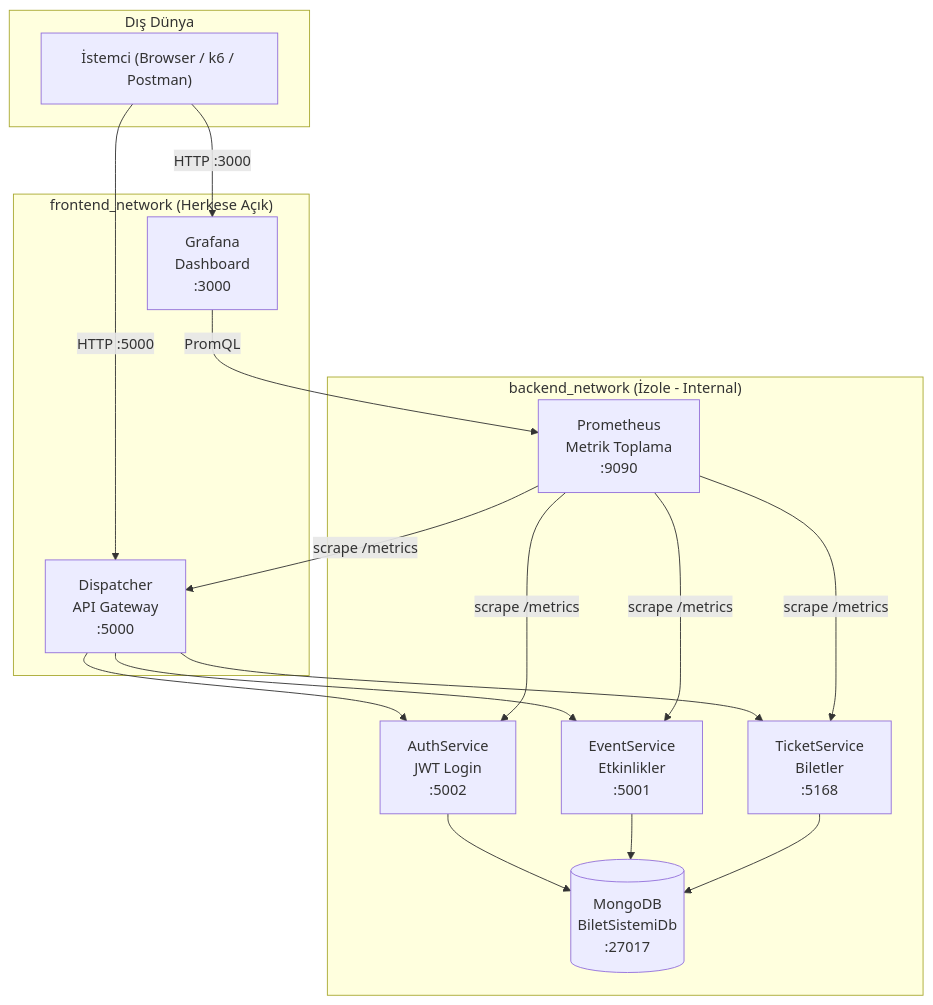
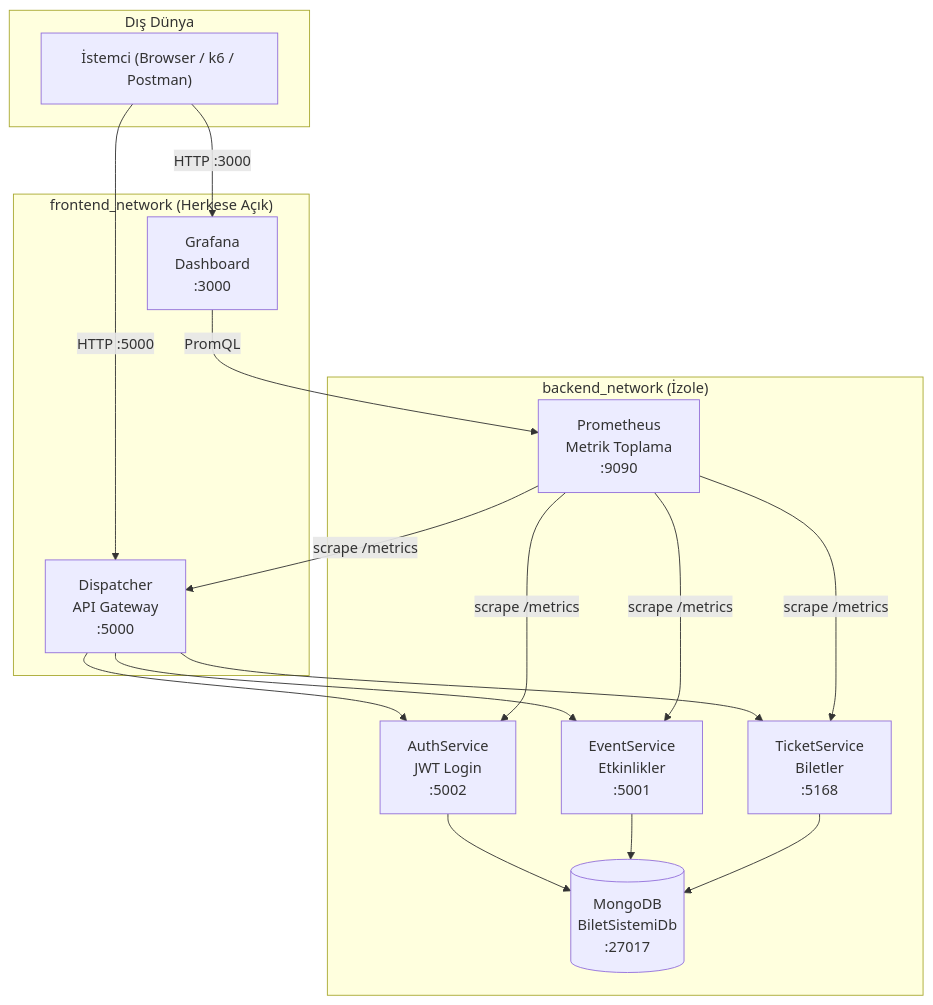
The first of 4 diagrams in README.md (UguralpKivanc/BiletProje), drawn with Mermaid before and after one commit. The commit also changed other lines of this file and 3 other files, not shown here.

````diff
--- a/README.md
+++ b/README.md
@@ -9,37 +9,37 @@
 ```mermaid
 graph TB
     subgraph Internet["Dış Dünya"]
         Client["İstemci (Browser / k6 / Postman)"]
     end
 
     subgraph frontend["frontend_network (Herkese Açık)"]
         Dispatcher["Dispatcher\nAPI Gateway\n:5000"]
         Grafana["Grafana\nDashboard\n:3000"]
     end
 
-    subgraph backend["backend_network (İzole - Internal)"]
+    subgraph backend["backend_network (İzole)"]
         AuthService["AuthService\nJWT Login\n:5002"]
         EventService["EventService\nEtkinlikler\n:5001"]
         TicketService["TicketService\nBiletler\n:5168"]
         Prometheus["Prometheus\nMetrik Toplama\n:9090"]
         MongoDB[("MongoDB\nBiletSistemiDb\n:27017")]
     end
 
     Client -->|"HTTP :5000"| Dispatcher
     Client -->|"HTTP :3000"| Grafana
 
     Dispatcher --> AuthService
     Dispatcher --> EventService
     Dispatcher --> TicketService
 
     AuthService --> MongoDB
     EventService --> MongoDB
     TicketService --> MongoDB
 
     Prometheus -->|scrape /metrics| Dispatcher
     Prometheus -->|scrape /metrics| EventService
     Prometheus -->|scrape /metrics| TicketService
     Prometheus -->|scrape /metrics| AuthService
 
     Grafana -->|PromQL| Prometheus
 ```
````
